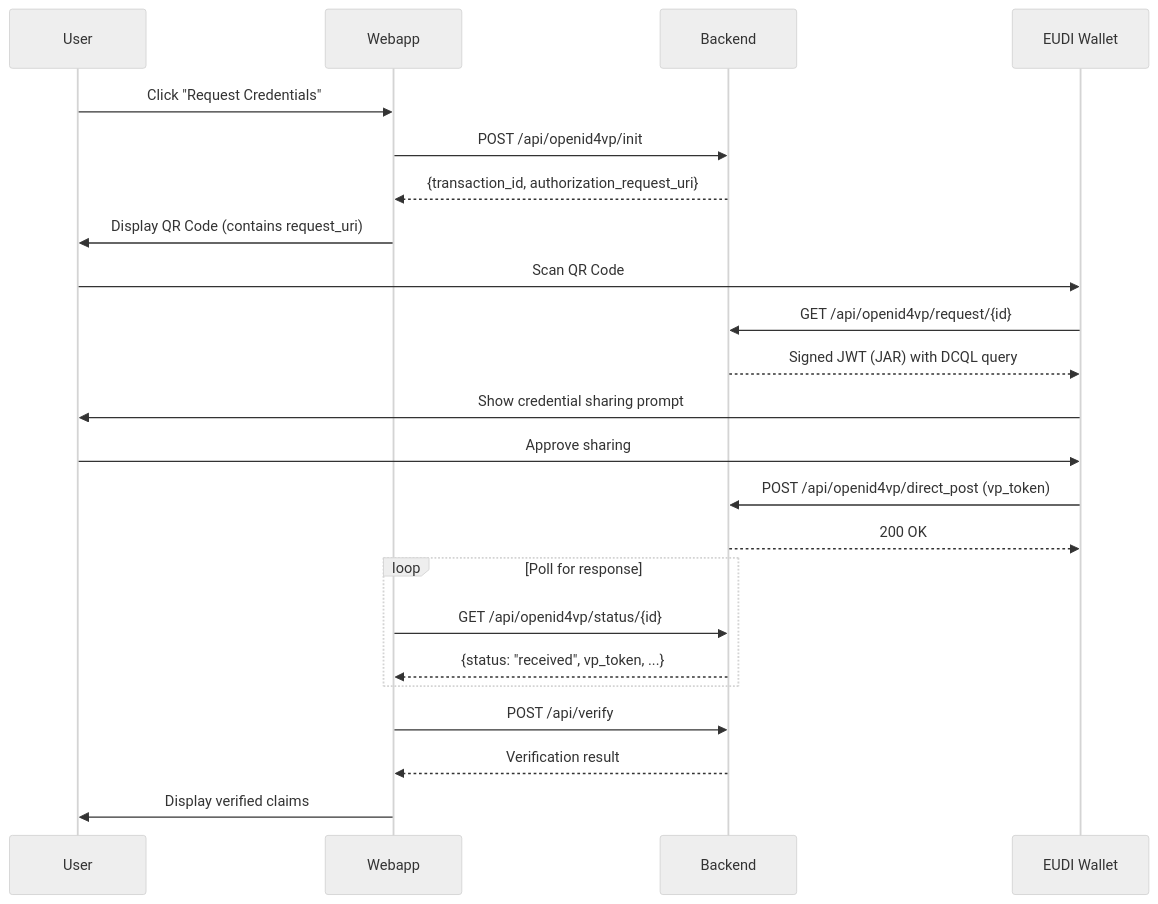
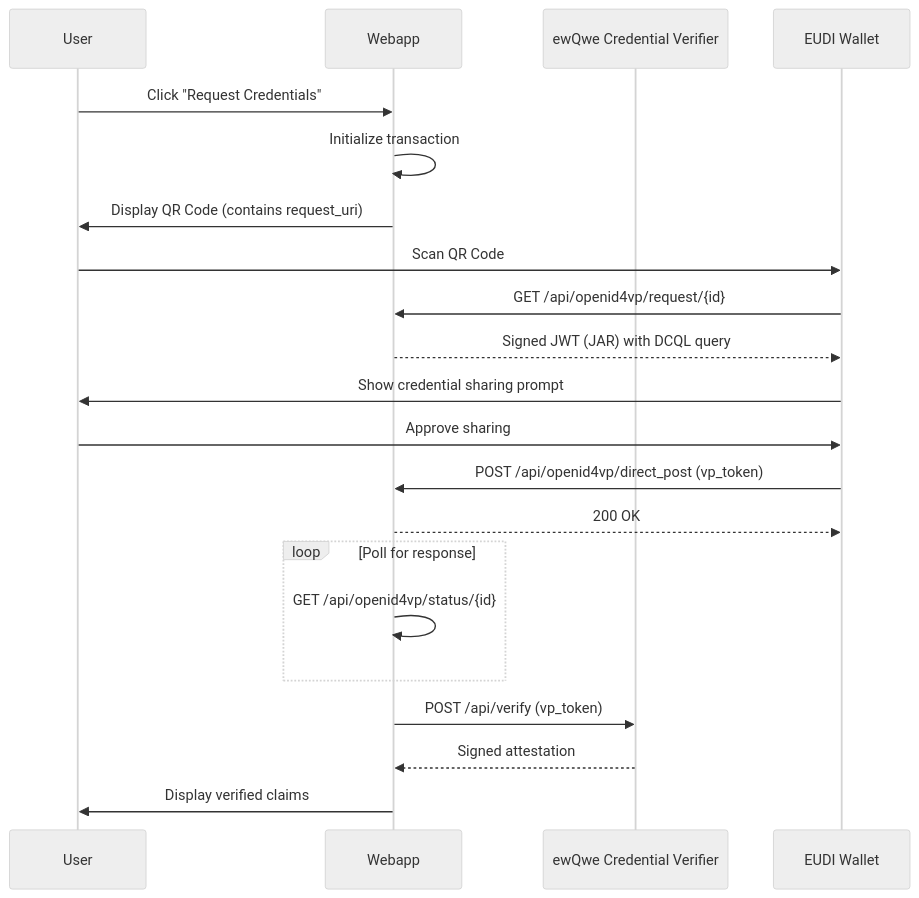
Before and after one commit to rd-ewqwe/ewqwe-identity: the second of 4 diagrams in documentation/src/demo_webapp.md, drawn with Mermaid (neutral theme). The commit also changed other lines of this file and 4 other files, not shown here.

````diff
--- a/documentation/src/demo_webapp.md
+++ b/documentation/src/demo_webapp.md
@@ -147,29 +139,27 @@
 ```mermaid
 sequenceDiagram
     participant U as User
     participant W as Webapp
-    participant B as Backend
+    participant V as ewQwe Credential Verifier
     participant M as EUDI Wallet
-    
+
     U->>W: Click "Request Credentials"
-    W->>B: POST /api/openid4vp/init
-    B-->>W: {transaction_id, authorization_request_uri}
+    W->>W: Initialize transaction
     W->>U: Display QR Code (contains request_uri)
-    
+
     U->>M: Scan QR Code
-    M->>B: GET /api/openid4vp/request/{id}
-    B-->>M: Signed JWT (JAR) with DCQL query
+    M->>W: GET /api/openid4vp/request/{id}
+    W-->>M: Signed JWT (JAR) with DCQL query
     M->>U: Show credential sharing prompt
     U->>M: Approve sharing
-    M->>B: POST /api/openid4vp/direct_post (vp_token)
-    B-->>M: 200 OK
-    
+    M->>W: POST /api/openid4vp/direct_post (vp_token)
+    W-->>M: 200 OK
+
     loop Poll for response
-        W->>B: GET /api/openid4vp/status/{id}
-        B-->>W: {status: "received", vp_token, ...}
+        W->>W: GET /api/openid4vp/status/{id}
     end
-    
-    W->>B: POST /api/verify
-    B-->>W: Verification result
+
+    W->>V: POST /api/verify (vp_token)
+    V-->>W: Signed attestation
     W->>U: Display verified claims
 ```
````
